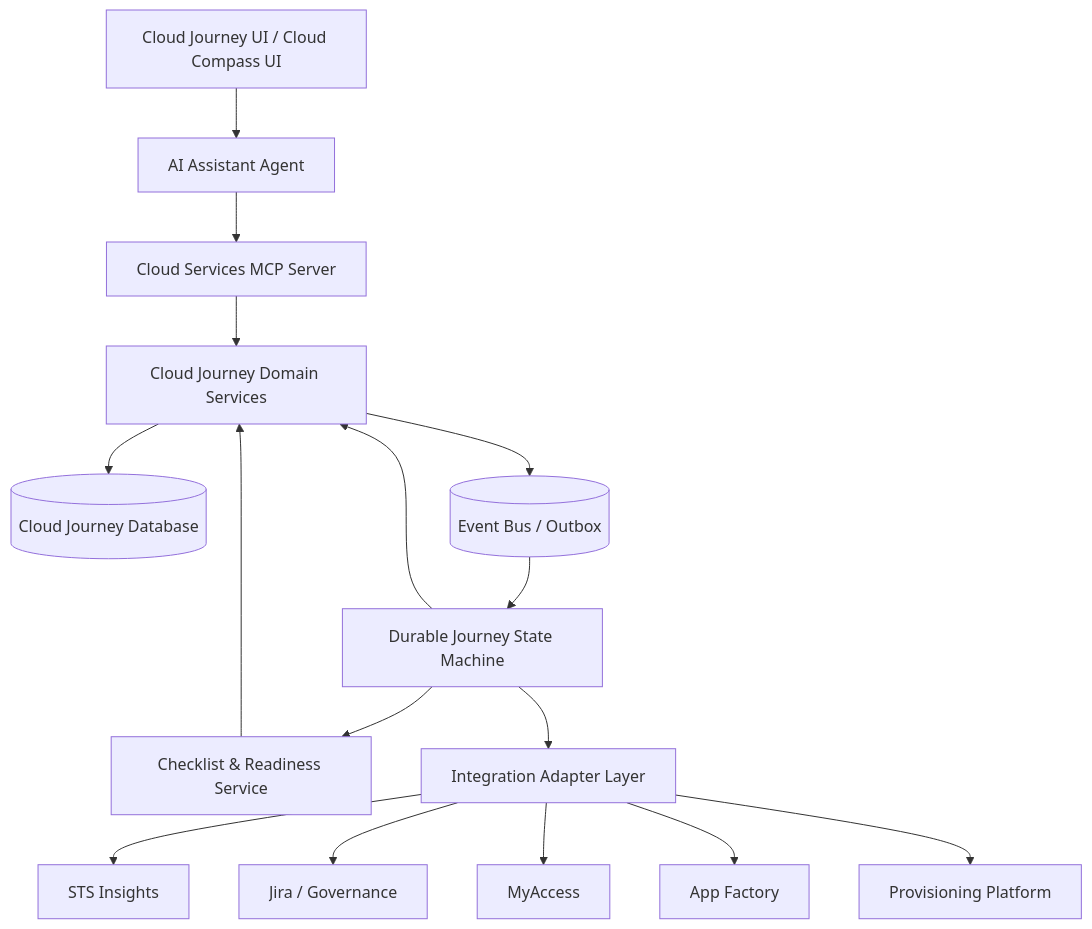
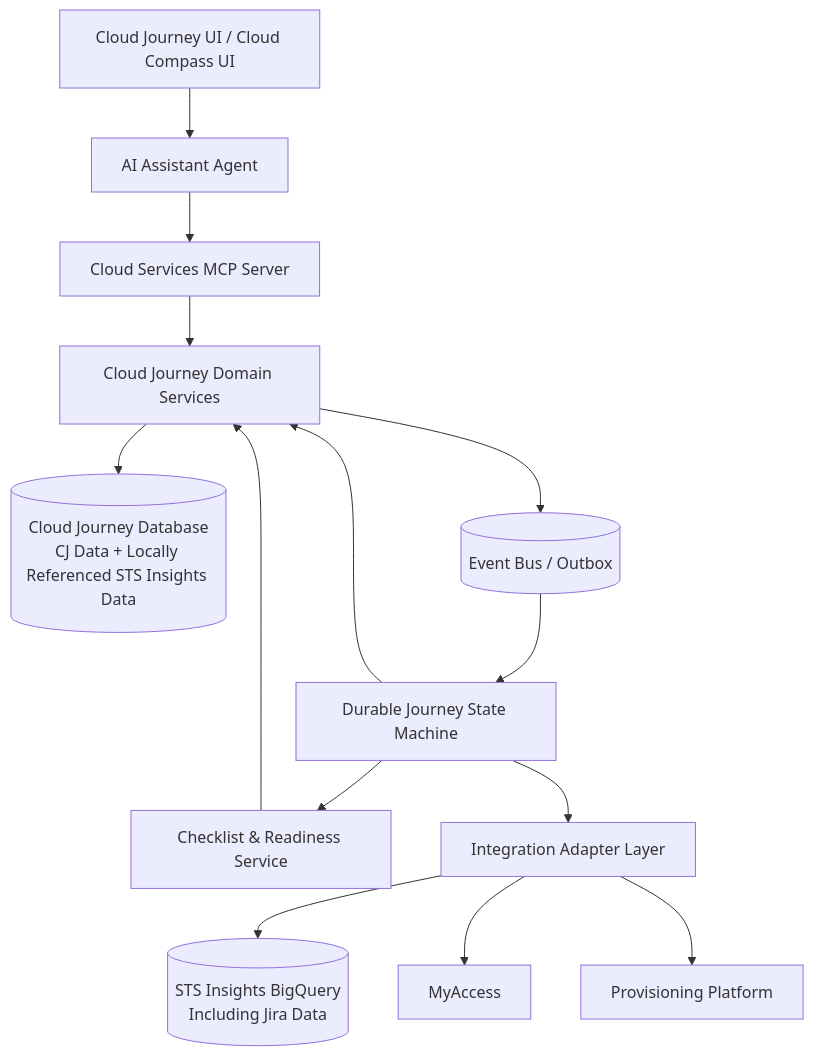
One commit to scarr0625/diagrams changed the diagram in mermaid-diagrams/durable_state_machine_HA.mermaid. Above: the diagram before and after it, drawn with Mermaid.

Commit message:
fix: durable state machine diagram

```diff
--- a/mermaid-diagrams/durable_state_machine_HA.mermaid
+++ b/mermaid-diagrams/durable_state_machine_HA.mermaid
@@ -1,52 +1,52 @@
 flowchart TB
 
 UI[Cloud Journey UI / Cloud Compass UI]
 
 Agent[AI Assistant Agent]
 
 MCP[Cloud Services MCP Server]
 
 Workflow[Durable Journey State Machine]
 
 Domain[Cloud Journey Domain Services]
 
-DB[(Cloud Journey Database)]
+DB[(Cloud Journey Database<br/>CJ Data + Locally Referenced STS Insights Data)]
 
 Events[(Event Bus / Outbox)]
 
 Checklist[Checklist & Readiness Service]
 
 Adapters[Integration Adapter Layer]
 
-STS[STS Insights]
-Jira[Jira / Governance]
+STSBigQuery[(STS Insights BigQuery<br/>Including Jira Data)]
+
 MyAccess[MyAccess]
-AppFactory[App Factory]
+
 Provision[Provisioning Platform]
 
 
 UI --> Agent
 
 Agent --> MCP
 
 MCP --> Domain
 
 Domain --> DB
 
 Domain --> Events
 
 Events --> Workflow
 
 Workflow --> Domain
 
 Workflow --> Checklist
 
 Checklist --> Domain
 
 Workflow --> Adapters
 
-Adapters --> STS
-Adapters --> Jira
+Adapters --> STSBigQuery
+
 Adapters --> MyAccess
-Adapters --> AppFactory
+
 Adapters --> Provision
```
